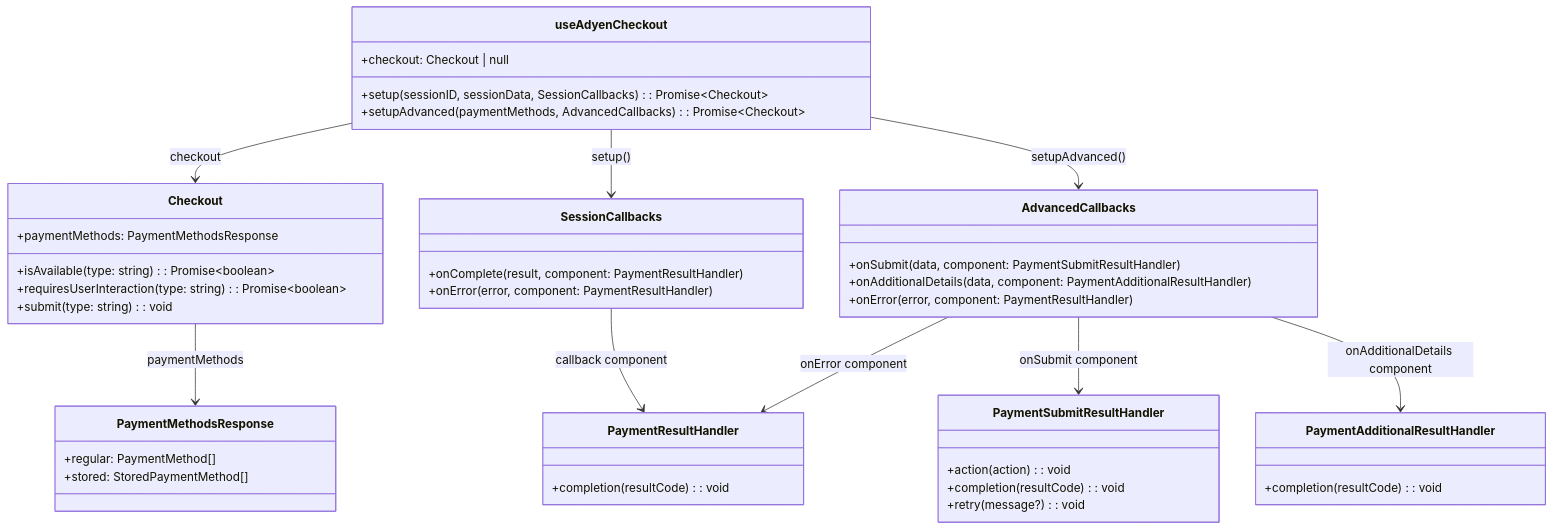
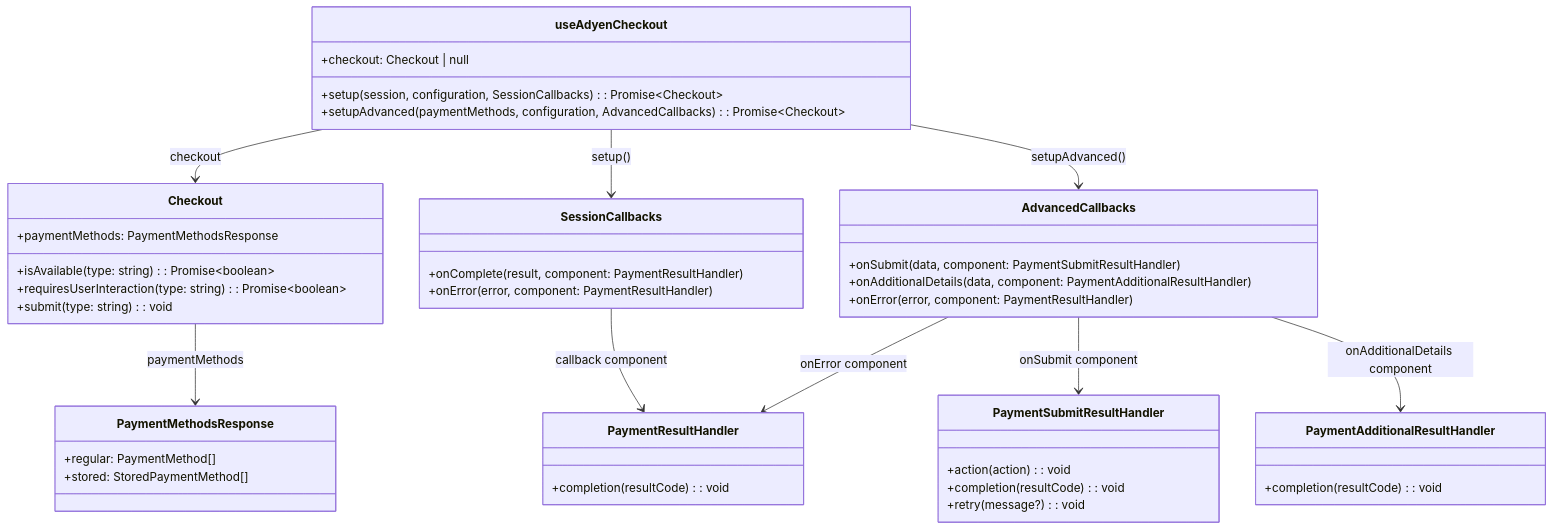
Before and after one commit to Adyen/adyen-react-native: the first of 7 diagrams in docs/v6-public-api-proposal.md, drawn with Mermaid. The commit also changed other lines of this file and 48 other files, not shown here.

````diff
--- a/docs/v6-public-api-proposal.md
+++ b/docs/v6-public-api-proposal.md
@@ -5,54 +7,54 @@
 ```mermaid
 classDiagram
     class useAdyenCheckout {
-        +setup(sessionID, sessionData, SessionCallbacks): Promise~Checkout~
-        +setupAdvanced(paymentMethods, AdvancedCallbacks): Promise~Checkout~
+        +setup(session, configuration, SessionCallbacks): Promise~Checkout~
+        +setupAdvanced(paymentMethods, configuration, AdvancedCallbacks): Promise~Checkout~
         +checkout: Checkout | null
     }
 
     class Checkout {
         +paymentMethods: PaymentMethodsResponse
         +isAvailable(type: string): Promise~boolean~
         +requiresUserInteraction(type: string): Promise~boolean~
         +submit(type: string): void
     }
 
     class PaymentMethodsResponse {
         +regular: PaymentMethod[]
         +stored: StoredPaymentMethod[]
     }
 
     class SessionCallbacks {
         +onComplete(result, component: PaymentResultHandler)
         +onError(error, component: PaymentResultHandler)
     }
 
     class AdvancedCallbacks {
         +onSubmit(data, component: PaymentSubmitResultHandler)
         +onAdditionalDetails(data, component: PaymentAdditionalResultHandler)
         +onError(error, component: PaymentResultHandler)
     }
 
     class PaymentSubmitResultHandler {
         +action(action): void
         +completion(resultCode): void
         +retry(message?): void
     }
 
     class PaymentAdditionalResultHandler {
         +completion(resultCode): void
     }
 
     class PaymentResultHandler {
         +completion(resultCode): void
     }
 
     useAdyenCheckout --> Checkout : checkout
     Checkout --> PaymentMethodsResponse : paymentMethods
     useAdyenCheckout --> SessionCallbacks : setup()
     useAdyenCheckout --> AdvancedCallbacks : setupAdvanced()
     AdvancedCallbacks --> PaymentSubmitResultHandler : onSubmit component
     AdvancedCallbacks --> PaymentAdditionalResultHandler : onAdditionalDetails component
     SessionCallbacks --> PaymentResultHandler : callback component
     AdvancedCallbacks --> PaymentResultHandler : onError component
 ```
````
